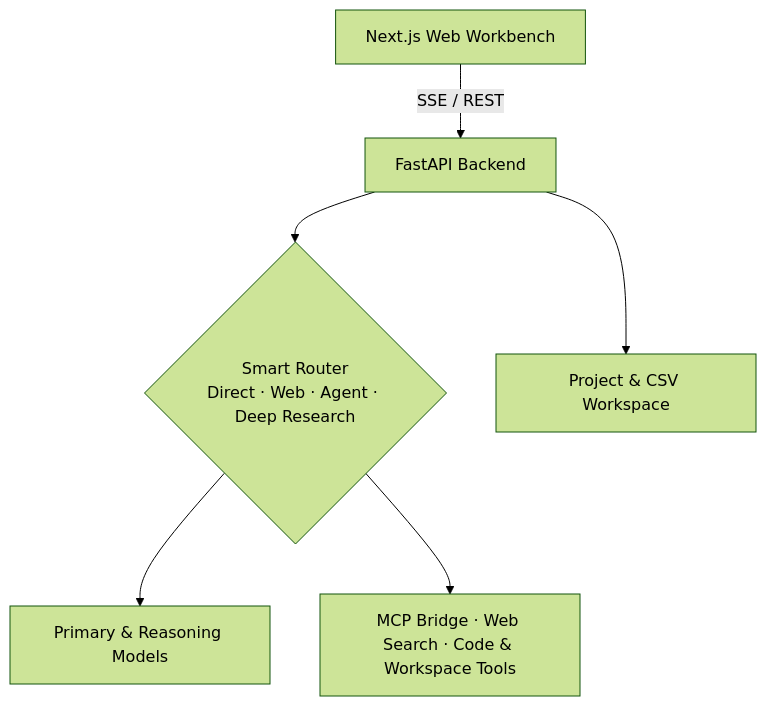
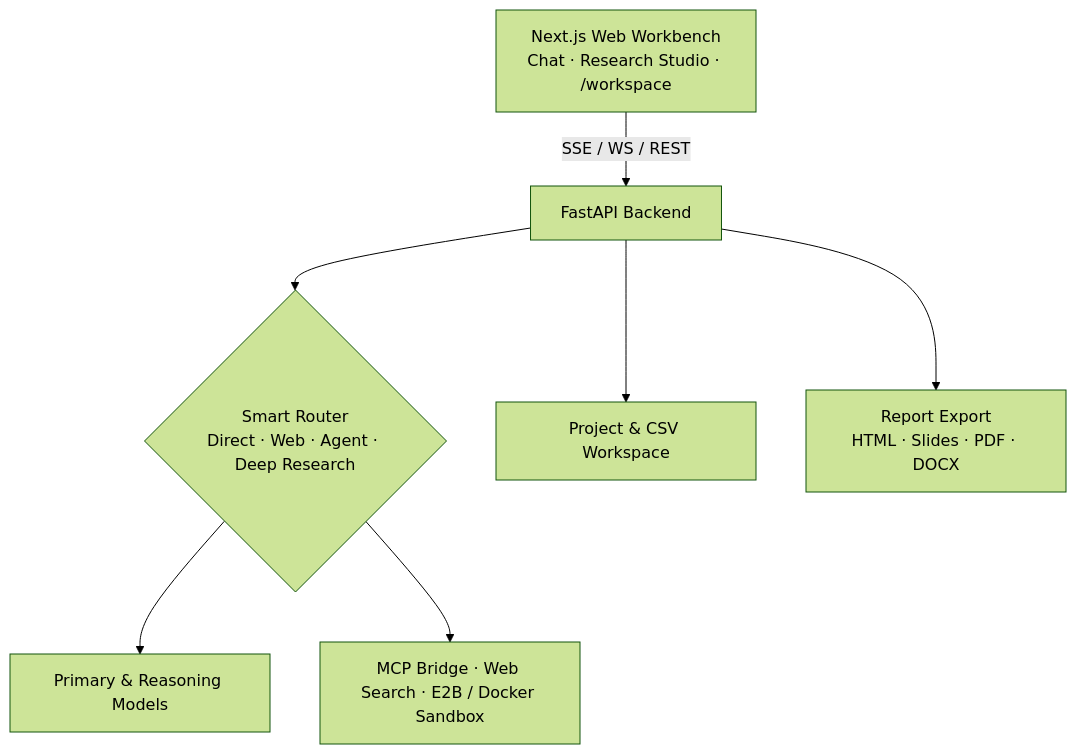
Before and after one commit to skygazer42/Weaver: the diagram in README.md, drawn with Mermaid (forest theme). The commit also changed other lines of this file and 5 other files, not shown here.

Commit message:
docs(readme): showcase Research Studio, sandbox execution, report exports, and updated UI screenshots

````diff
--- a/README.md
+++ b/README.md
@@ -40,8 +71,9 @@
 ```mermaid
 graph TB
-  UI[Next.js Web Workbench] -->|SSE / REST| API[FastAPI Backend]
+  UI[Next.js Web Workbench<br/>Chat · Research Studio · /workspace] -->|SSE / WS / REST| API[FastAPI Backend]
   API --> Router{Smart Router<br/>Direct · Web · Agent · Deep Research}
   API --> Workspace[Project & CSV Workspace]
+  API --> Export[Report Export<br/>HTML · Slides · PDF · DOCX]
   Router --> Models[Primary & Reasoning Models]
-  Router --> Tools[MCP Bridge · Web Search · Code & Workspace Tools]
+  Router --> Tools[MCP Bridge · Web Search · E2B / Docker Sandbox]
 ```
````
